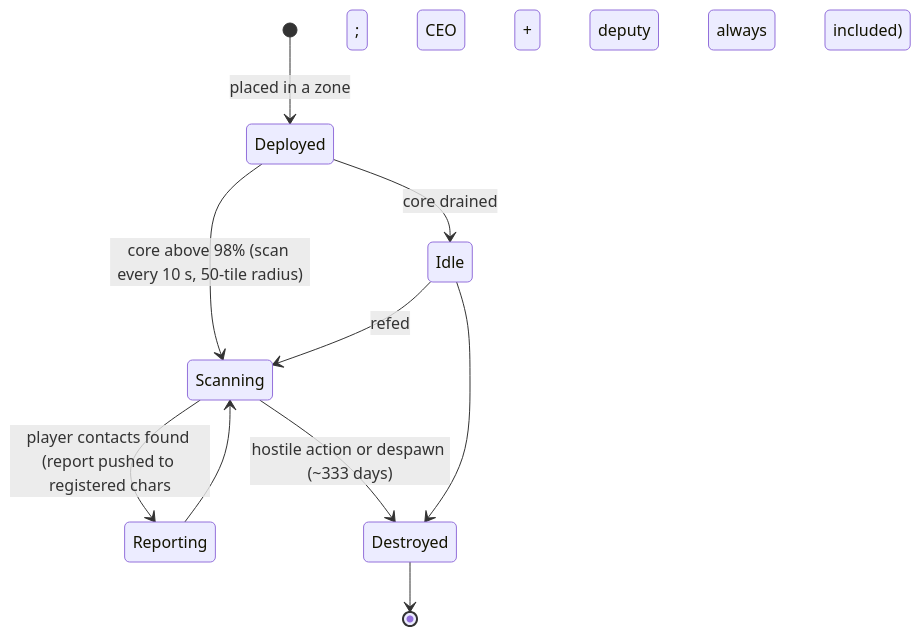
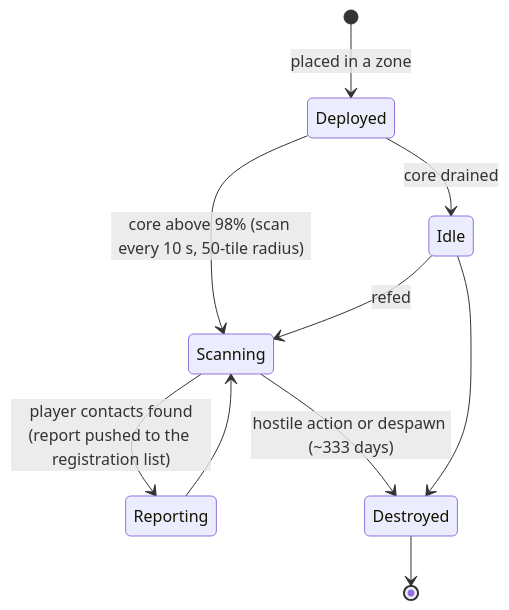
The diagram in content/features/probes.md (OpenPerpetuum/Wiki), drawn with Mermaid before and after one commit. The commit also changed 4904 other files, not shown here.

````diff
--- a/content/features/probes.md
+++ b/content/features/probes.md
@@ -23,12 +23,12 @@
 ```mermaid
 stateDiagram-v2
     [*] --> Deployed: placed in a zone
     Deployed --> Scanning: core above 98% (scan every 10 s, 50-tile radius)
     Deployed --> Idle: core drained
     Idle --> Scanning: refed
-    Scanning --> Reporting: player contacts found (report pushed to registered chars; CEO + deputy always included)
+    Scanning --> Reporting: player contacts found<br/>(report pushed to the registration list)
     Reporting --> Scanning
     Scanning --> Destroyed: hostile action or despawn (~333 days)
     Idle --> Destroyed
     Destroyed --> [*]
 ```
````
